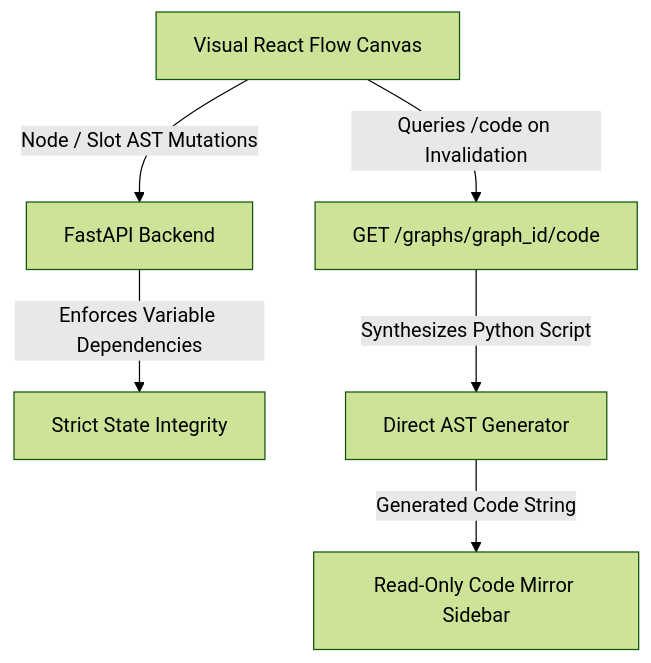
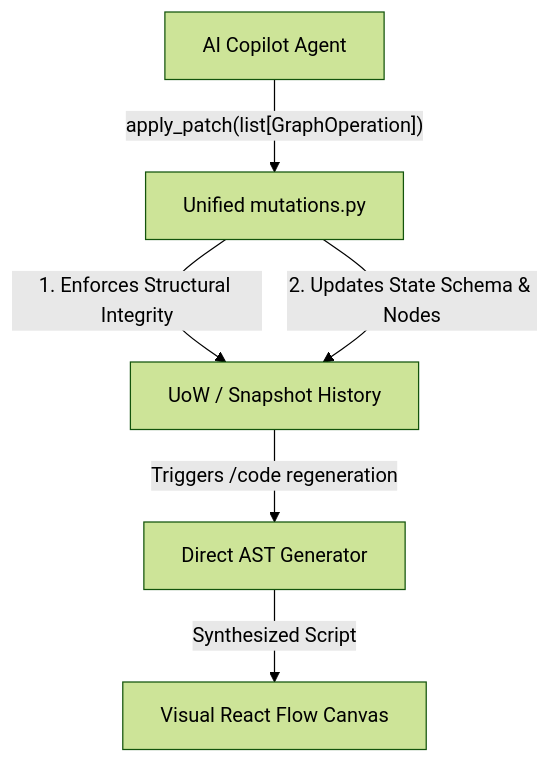
One commit to kszucher/graphboard changed the diagram in README.md. Above: the diagram before and after it, drawn with Mermaid (forest theme). The commit also changed other lines of this file and 10 other files, not shown here.

````diff
--- a/README.md
+++ b/README.md
@@ -79,8 +83,8 @@
 ```mermaid
 graph TD
-    Canvas[Visual React Flow Canvas] -- "Node / Slot AST Mutations" --> API[FastAPI Backend]
-    API -- "Enforces Variable Dependencies" --> Operations[Strict State Integrity]
-    Canvas -- "Queries /code on Invalidation" --> CodeEP[GET /graphs/graph_id/code]
-    CodeEP -- "Synthesizes Python Script" --> Compiler[Direct AST Generator]
-    Compiler -- "Generated Code String" --> Sidebar[Read-Only Code Mirror Sidebar]
+    Copilot[AI Copilot Agent] -- "apply_patch(list[GraphOperation])" --> Mutations[Unified mutations.py]
+    Mutations -- "1. Enforces Structural Integrity" --> History[UoW / Snapshot History]
+    Mutations -- "2. Updates State Schema & Nodes" --> History
+    History -- "Triggers /code regeneration" --> Compiler[Direct AST Generator]
+    Compiler -- "Synthesized Script" --> UI[Visual React Flow Canvas]
 ```
````
